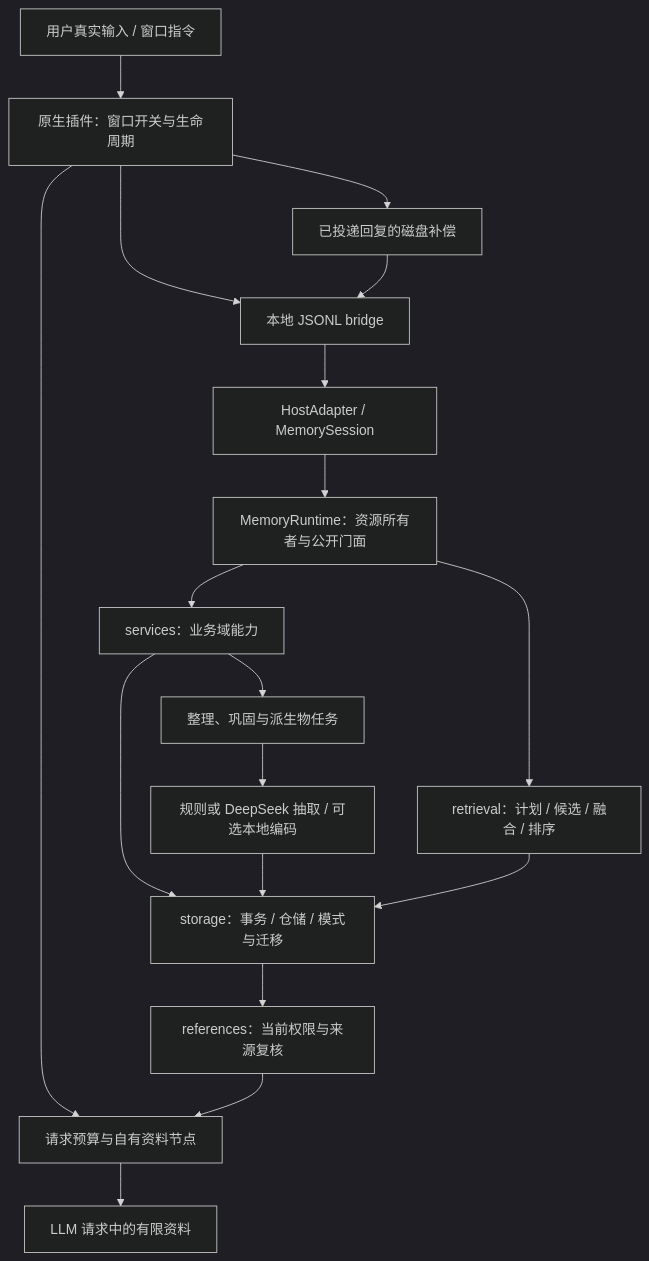
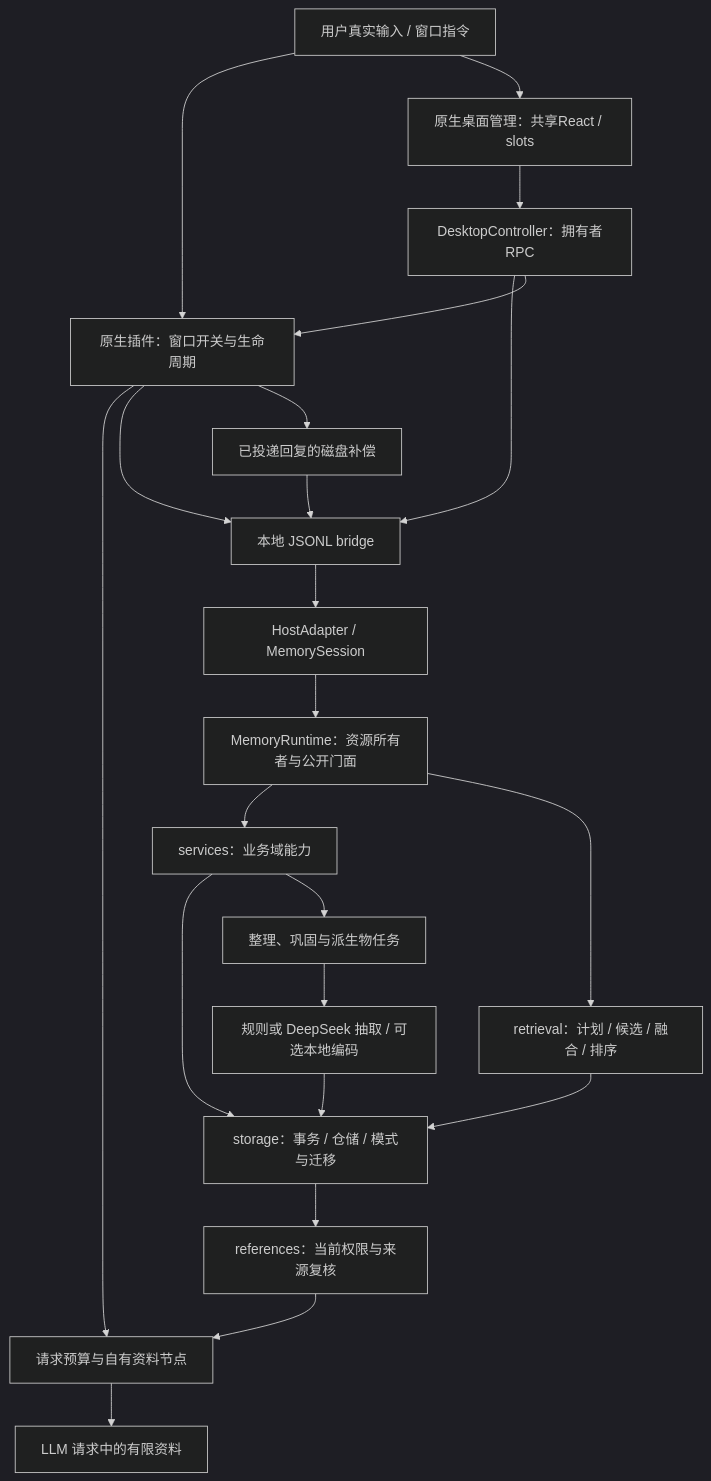
One commit to Evergardenxxx/dsh-MemoryDreaming changed the diagram in docs/system-architecture.md. Above: the diagram before and after it, drawn with Mermaid (dark theme). The commit also changed other lines of this file and 40 other files, not shown here.

Commit message:
feat: add native desktop memory management and owner review

````diff
--- a/docs/system-architecture.md
+++ b/docs/system-architecture.md
@@ -9,20 +9,24 @@
 ```mermaid
 flowchart TD
     User[用户真实输入 / 窗口指令] --> Native[原生插件：窗口开关与生命周期]
     Native --> Budget[请求预算与自有资料节点]
     Native --> Bridge[本地 JSONL bridge]
+    User --> Desktop[原生桌面管理：共享React / slots]
+    Desktop --> Owner[DesktopController：拥有者RPC]
+    Owner --> Bridge
+    Owner --> Native
     Native --> Outbox[已投递回复的磁盘补偿]
     Outbox --> Bridge
     Bridge --> Host[HostAdapter / MemorySession]
     Host --> Runtime[MemoryRuntime：资源所有者与公开门面]
     Runtime --> Services[services：业务域能力]
     Runtime --> Retrieval[retrieval：计划 / 候选 / 融合 / 排序]
     Services --> Storage[storage：事务 / 仓储 / 模式与迁移]
     Retrieval --> Storage
     Services --> Worker[整理、巩固与派生物任务]
     Worker --> Providers[规则或 DeepSeek 抽取 / 可选本地编码]
     Providers --> Storage
     Storage --> View[references：当前权限与来源复核]
     View --> Budget
     Budget --> LLM[LLM 请求中的有限资料]
 ```
````
